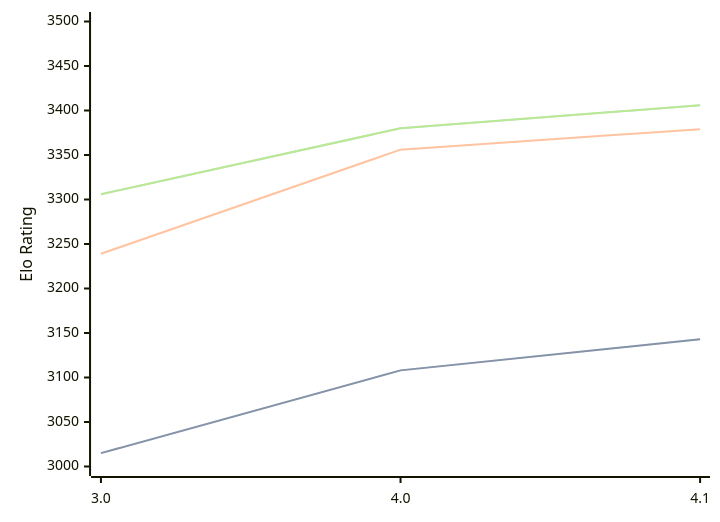
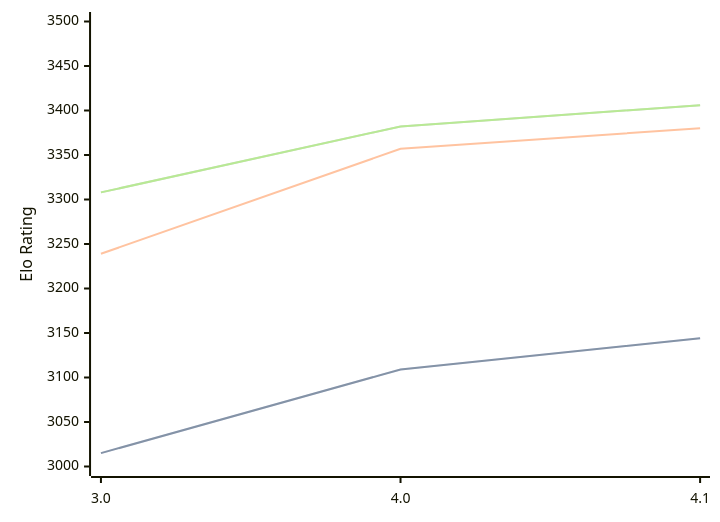
Before and after one commit to computer-chess-index/cci: the first of 3 diagrams in engines/Eleanor.md, drawn with Mermaid. The commit also changed other lines of this file, not shown here.

Commit message:
Update CCI Ratings (ELO VLTC) - 2026-06-22

````diff
--- a/engines/Eleanor.md
+++ b/engines/Eleanor.md
@@ -35,11 +35,11 @@
 ```mermaid
 %%{init: {"theme":"base","themeVariables":{"seriesColors:['#a3a3a3','#222221','#faa371']}}}%%
 xychart-beta
   x-axis ["3.0", "4.0", "4.1"]
   y-axis "Elo Rating" 3000 --> 3500
-  line "STC (8.0+0.08s)" [3015, 3108, 3143]
-  line "STC (8.0+0.08s)" [3015, 3108, 3143]
-  line "LTC (60.0+0.60s)" [3239, 3356, 3379]
-  line "VLTC (2m24s+1.12s)" [3306, 3380, 3406]
-  line "VLTC (2m24s+1.12s)" [3306, 3380, 3406]
+  line "STC (8.0+0.08s)" [3015, 3109, 3144]
+  line "STC (8.0+0.08s)" [3015, 3109, 3144]
+  line "LTC (60.0+0.60s)" [3239, 3357, 3380]
+  line "VLTC (2m24s+1.12s)" [3308, 3382, 3406]
+  line "VLTC (2m24s+1.12s)" [3308, 3382, 3406]
 ```
````
